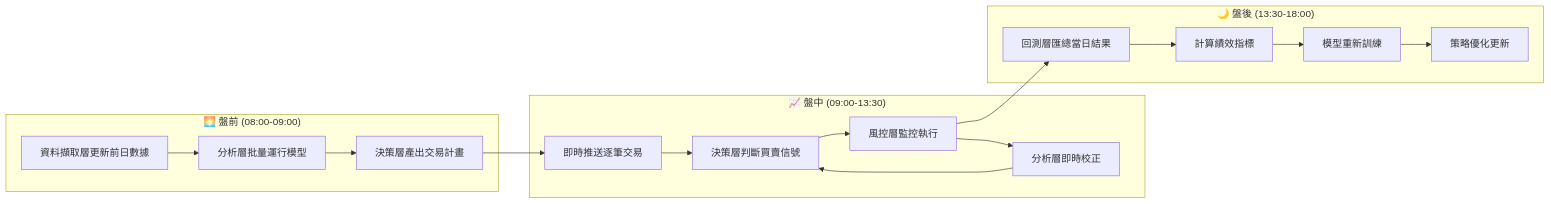
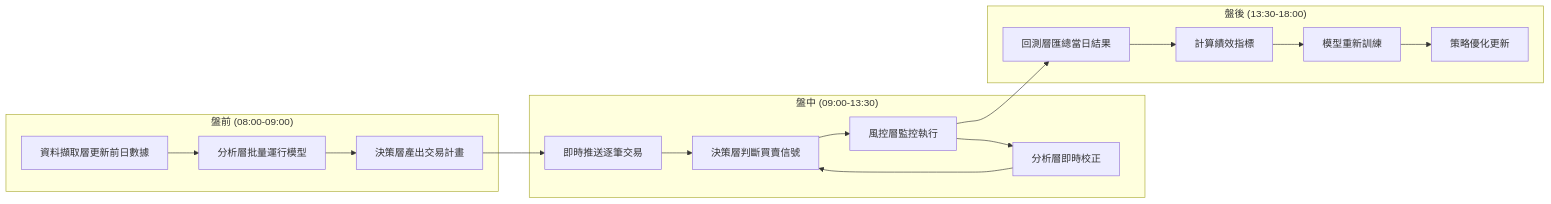
The second of 8 diagrams in doc/AI_Trading_System_Development_Plan_v2.md (AndyHsuTW/AiStockAdvisor), drawn with Mermaid before and after one commit. The commit also changed 24 other files, not shown here.

````diff
--- a/doc/AI_Trading_System_Development_Plan_v2.md
+++ b/doc/AI_Trading_System_Development_Plan_v2.md
@@ -145,27 +145,27 @@
 ```mermaid
 flowchart LR
-    subgraph 盤前["🌅 盤前 (08:00-09:00)"]
+    subgraph 盤前["盤前 (08:00-09:00)"]
         A1[資料擷取層更新前日數據]
         A2[分析層批量運行模型]
         A3[決策層產出交易計畫]
     end
     
-    subgraph 盤中["📈 盤中 (09:00-13:30)"]
+    subgraph 盤中["盤中 (09:00-13:30)"]
         B1[即時推送逐筆交易]
         B2[決策層判斷買賣信號]
         B3[風控層監控執行]
         B4[分析層即時校正]
     end
     
-    subgraph 盤後["🌙 盤後 (13:30-18:00)"]
+    subgraph 盤後["盤後 (13:30-18:00)"]
         C1[回測層匯總當日結果]
         C2[計算績效指標]
         C3[模型重新訓練]
         C4[策略優化更新]
     end
     
     A1 --> A2 --> A3 --> B1
     B1 --> B2 --> B3
     B3 --> B4 --> B2
     B3 --> C1 --> C2 --> C3 --> C4
 ```
````
